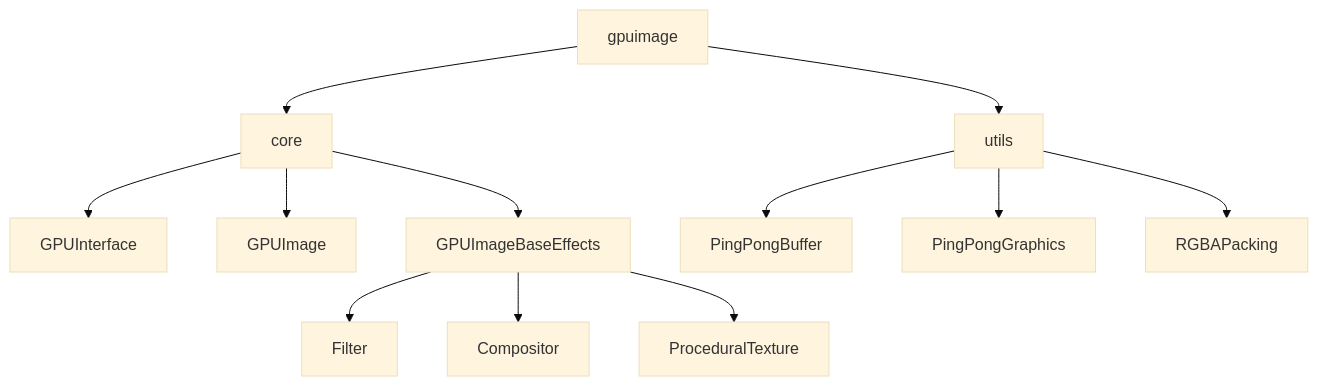
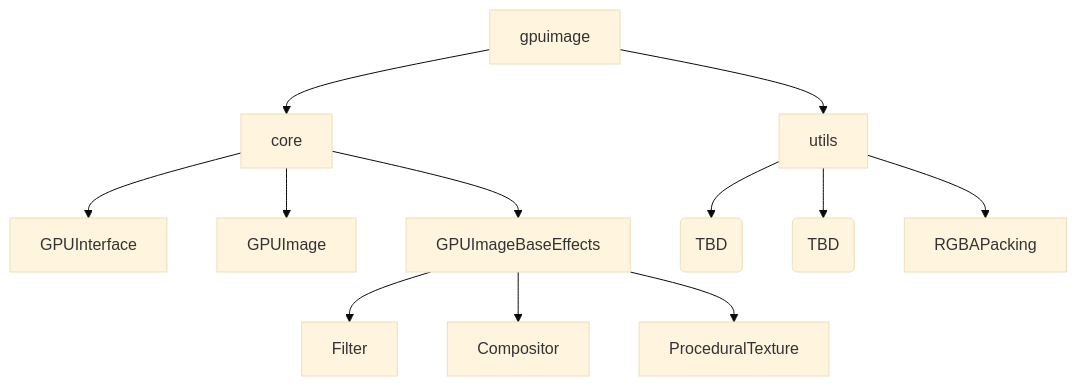
One commit to Bonjour-Interactive-Lab/Processing-GPUImage changed the diagram in README.md. Above: the diagram before and after it, drawn with Mermaid (base theme).

Commit message:
update design pattern

````diff
--- a/README.md
+++ b/README.md
@@ -22,14 +22,14 @@
 ```mermaid
 graph TD;
   gpuimage-->core;
   gpuimage-->utils;
   core-->GPUInterface
   core-->GPUImage
   core-->GPUImageBaseEffects;
   GPUImageBaseEffects-->Filter
   GPUImageBaseEffects-->Compositor
   GPUImageBaseEffects-->ProceduralTexture
-  utils-->PingPongBuffer;
-  utils-->PingPongGraphics;
+  utils-->PingPongBuffer(TBD)
+  utils-->PingPongGraphics(TBD)
   utils-->RGBAPacking
 ```
````
